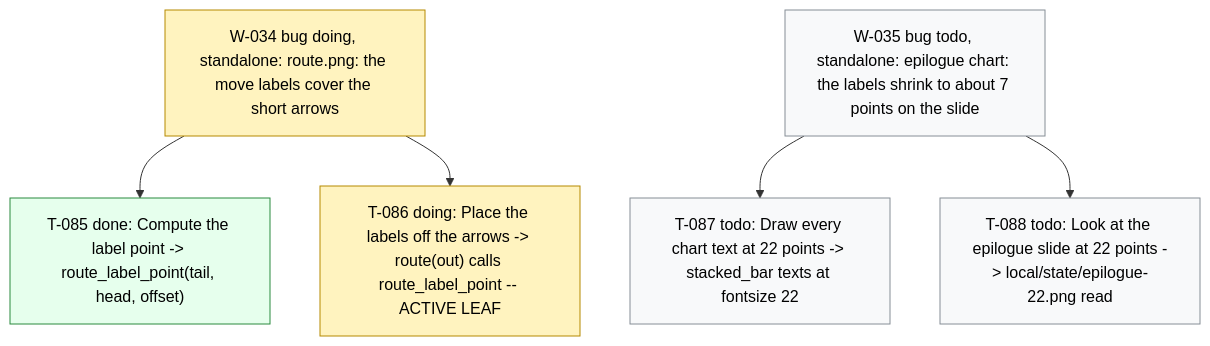
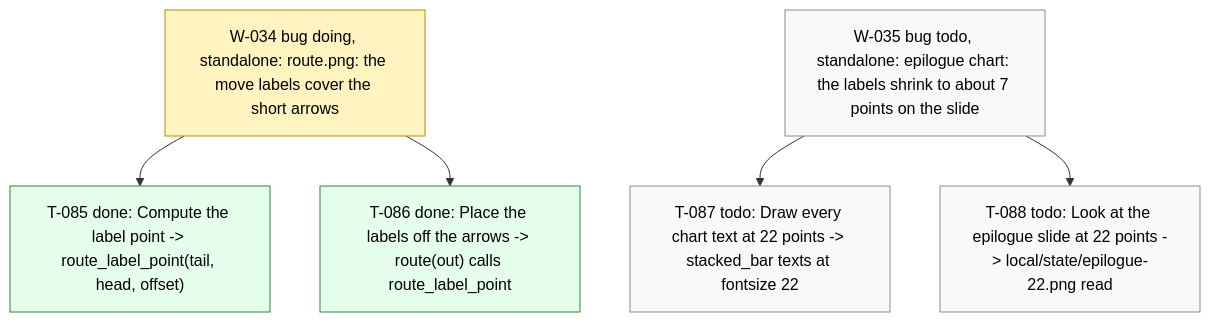
The diagram in .board/BOARD.md (dpopchev/chaos-to-simple), drawn with Mermaid before and after one commit. The commit also changed other lines of this file and 1 other file, not shown here.

Commit message:
chore(board): close T-086 -- W-034 ready to land
Refs: W-034 T-086

````diff
--- a/.board/BOARD.md
+++ b/.board/BOARD.md
@@ -228,17 +228,17 @@
 ```mermaid
 flowchart TD
   W034["W-034 bug doing, standalone: route.png: the move labels cover the short arrows"]
   W034 --> T085["T-085 done: Compute the label point -> route_label_point(tail, head, offset)"]
-  W034 --> T086["T-086 doing: Place the labels off the arrows -> route(out) calls route_label_point -- ACTIVE LEAF"]
+  W034 --> T086["T-086 done: Place the labels off the arrows -> route(out) calls route_label_point"]
   W035["W-035 bug todo, standalone: epilogue chart: the labels shrink to about 7 points on the slide"]
   W035 --> T087["T-087 todo: Draw every chart text at 22 points -> stacked_bar texts at fontsize 22"]
   W035 --> T088["T-088 todo: Look at the epilogue slide at 22 points -> local/state/epilogue-22.png read"]
   classDef doing fill:#fff3bf,stroke:#b58900,color:#000;
   classDef blocked fill:#ffe3e3,stroke:#c92a2a,color:#000;
   classDef done fill:#e6ffed,stroke:#2b8a3e,color:#000;
   classDef todo fill:#f8f9fa,stroke:#868e96,color:#000;
   classDef pruned fill:#f1f3f5,stroke:#adb5bd,color:#000;
-  class W034,T086 doing
-  class T085 done
+  class W034 doing
+  class T085,T086 done
   class W035,T087,T088 todo
 ```
````
